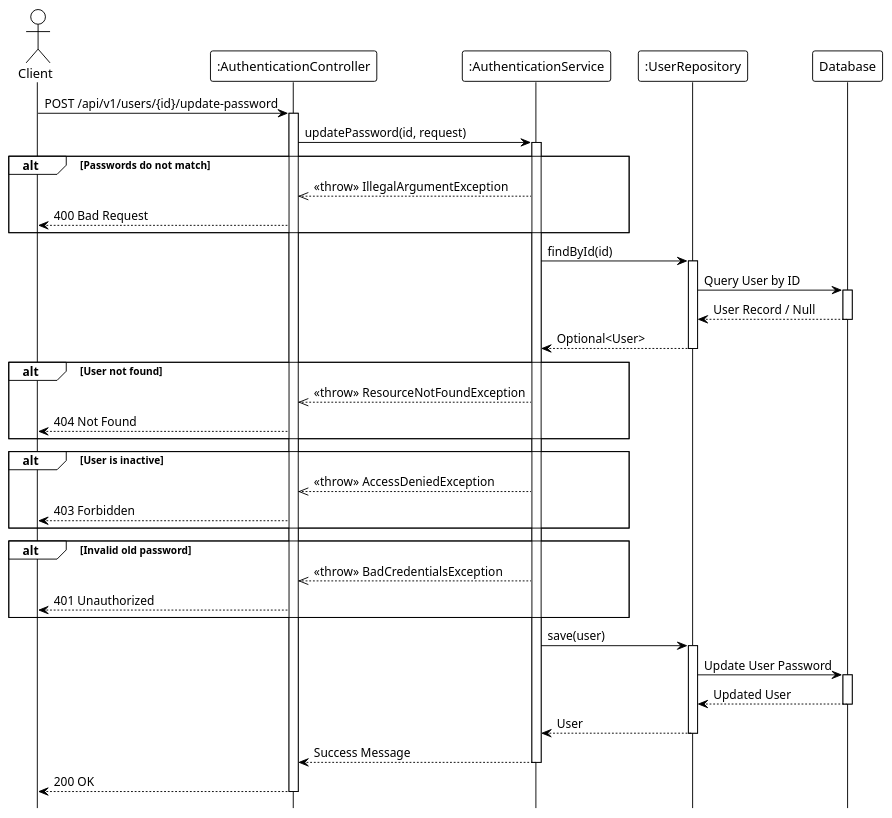
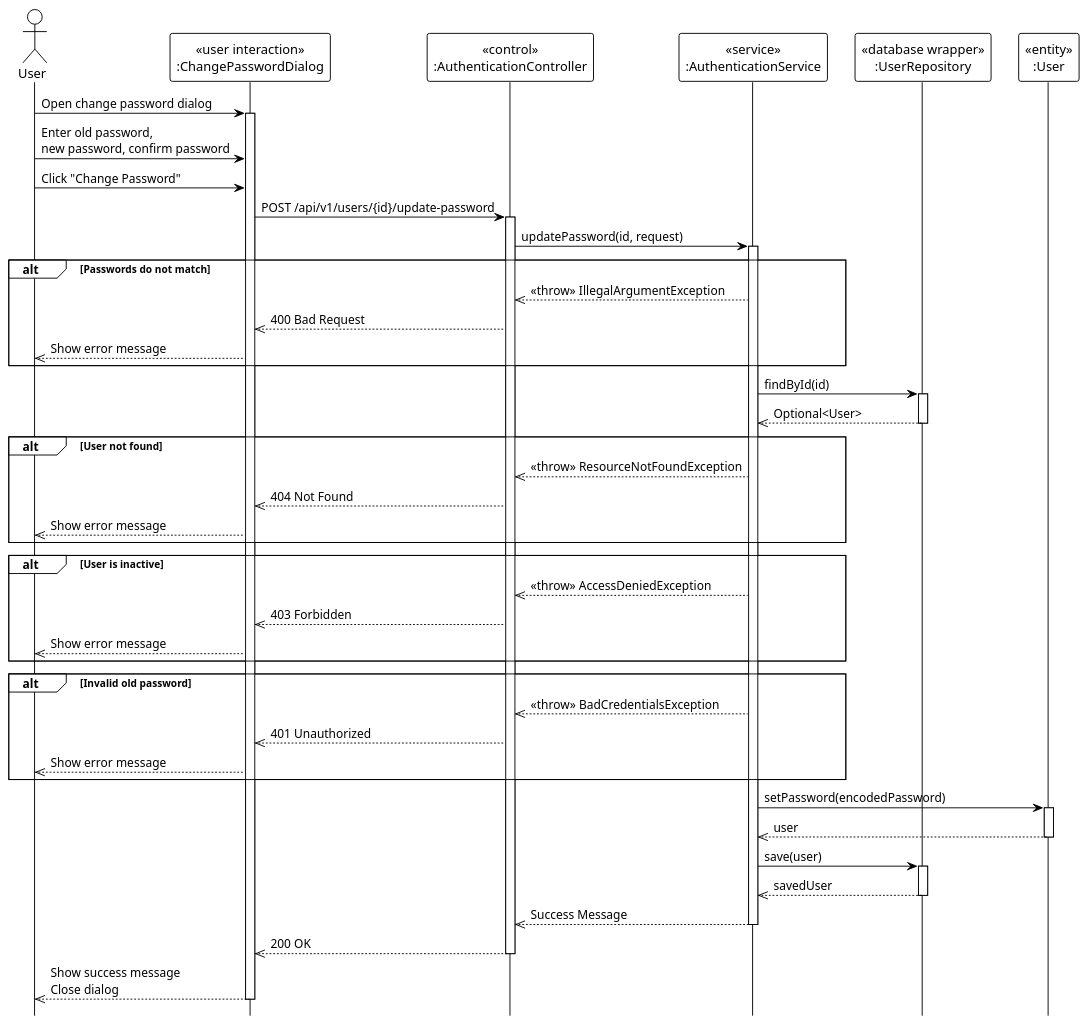
Before and after one commit to Ndh474/context: the diagram in system_detailed_design/03_change_password/sequence_diagram_change_password.puml, drawn with PlantUML. The commit also changed 4 other files, not shown here.

Commit message:
docs(system_detailed_design): add UML stereotypes to authentication sequence diagrams

```diff
--- a/system_detailed_design/03_change_password/sequence_diagram_change_password.puml
+++ b/system_detailed_design/03_change_password/sequence_diagram_change_password.puml
@@ -1,75 +1,78 @@
 @startuml change_password
 !theme plain
 hide footbox
 
-actor Client
-participant ":AuthenticationController" as Controller
-participant ":AuthenticationService" as Service
-participant ":UserRepository" as Repository
-participant "Database" as DB
+actor User
 
-' --- MAIN FLOW ---
-Client -> Controller: POST /api/v1/users/{id}/update-password
+participant "«user interaction»\n:ChangePasswordDialog" as UI
+participant "«control»\n:AuthenticationController" as Controller
+participant "«service»\n:AuthenticationService" as Service
+participant "«database wrapper»\n:UserRepository" as Repository
+participant "«entity»\n:User" as Entity
+
+' === MAIN FLOW ===
+User -> UI: Open change password dialog
+activate UI
+
+User -> UI: Enter old password,\nnew password, confirm password
+
+User -> UI: Click "Change Password"
+UI -> Controller: POST /api/v1/users/{id}/update-password
 activate Controller
 
 Controller -> Service: updatePassword(id, request)
 activate Service
 
-' --- INPUT VALIDATION ---
-' Password validation (internal)
-
+' === INPUT VALIDATION ===
 alt Passwords do not match
     Service -->> Controller: <<throw>> IllegalArgumentException
-    Controller --> Client: 400 Bad Request
+    Controller -->> UI: 400 Bad Request
+    UI -->> User: Show error message
 end
 
-' --- USER LOOKUP ---
+' === USER LOOKUP ===
 Service -> Repository: findById(id)
 activate Repository
-
-Repository -> DB: Query User by ID
-activate DB
-DB --> Repository: User Record / Null
-deactivate DB
-
-Repository --> Service: Optional<User>
+Repository -->> Service: Optional<User>
 deactivate Repository
 
-' --- VALIDATION LOGIC ---
 alt User not found
     Service -->> Controller: <<throw>> ResourceNotFoundException
-    Controller --> Client: 404 Not Found
+    Controller -->> UI: 404 Not Found
+    UI -->> User: Show error message
 end
 
 alt User is inactive
     Service -->> Controller: <<throw>> AccessDeniedException
-    Controller --> Client: 403 Forbidden
+    Controller -->> UI: 403 Forbidden
+    UI -->> User: Show error message
 end
 
-' --- OLD PASSWORD VERIFICATION ---
-' Password verification (internal)
-
+' === OLD PASSWORD VERIFICATION ===
 alt Invalid old password
     Service -->> Controller: <<throw>> BadCredentialsException
-    Controller --> Client: 401 Unauthorized
+    Controller -->> UI: 401 Unauthorized
+    UI -->> User: Show error message
 end
 
-' --- PASSWORD UPDATE ---
+' === UPDATE PASSWORD ===
+Service -> Entity: setPassword(encodedPassword)
+activate Entity
+Entity -->> Service: user
+deactivate Entity
+
 Service -> Repository: save(user)
 activate Repository
-
-Repository -> DB: Update User Password
-activate DB
-DB --> Repository: Updated User
-deactivate DB
-
-Repository --> Service: User
+Repository -->> Service: savedUser
 deactivate Repository
 
-Service --> Controller: Success Message
+Service -->> Controller: Success Message
 deactivate Service
 
-Controller --> Client: 200 OK
+Controller -->> UI: 200 OK
 deactivate Controller
 
+UI -->> User: Show success message\nClose dialog
+deactivate UI
+
 @enduml
```
